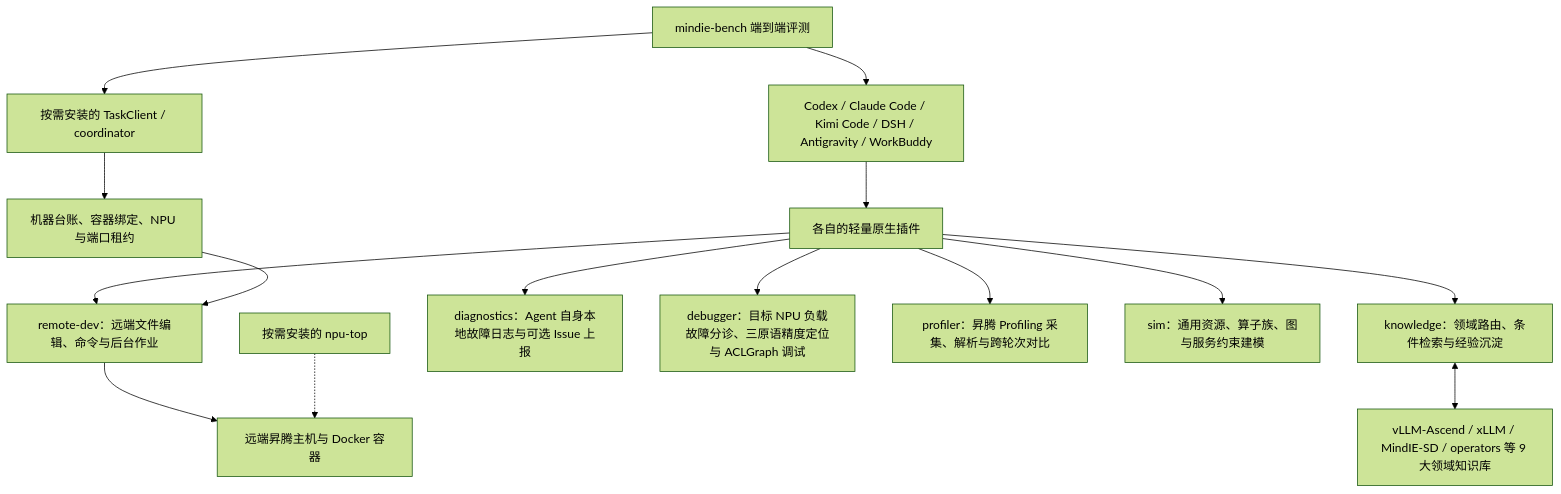
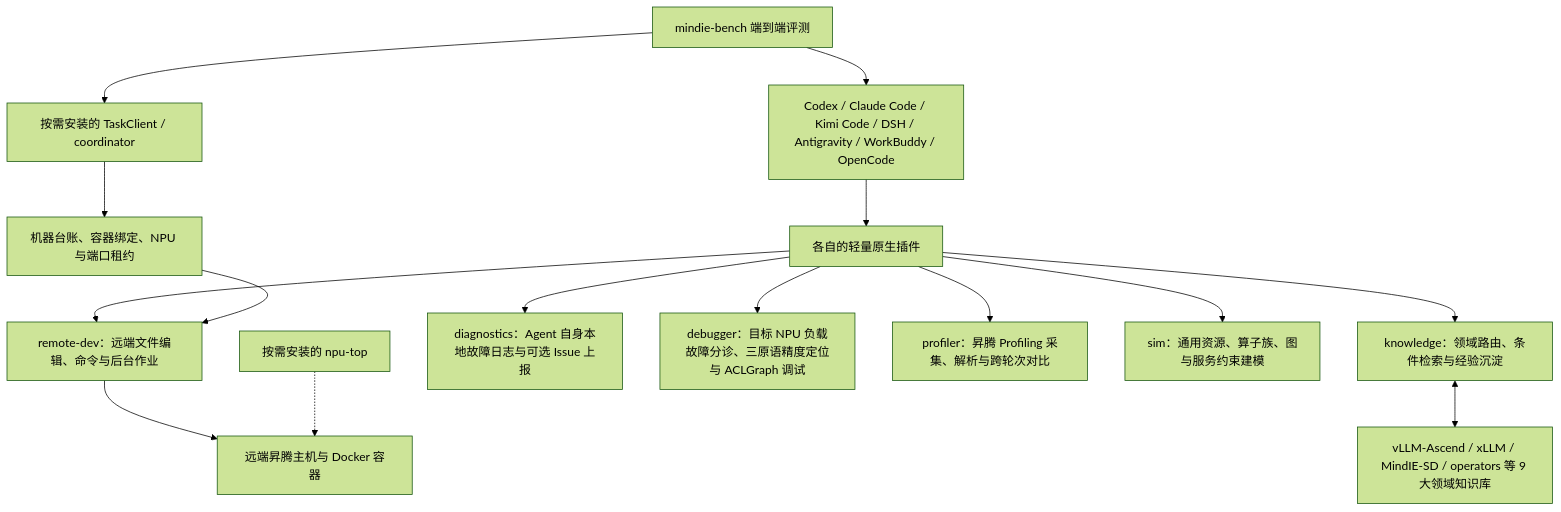
Before and after one commit to mindie-agent/mindie-agent: the diagram in docs/architecture.md, drawn with Mermaid (forest theme). The commit also changed other lines of this file and 14 other files, not shown here.

Commit message:
docs(entry): add OpenCode native harness plugin (mindie-agent-oc v0.1.0) (#347)

````diff
--- a/docs/architecture.md
+++ b/docs/architecture.md
@@ -11,17 +11,17 @@
 ```mermaid
 flowchart TB
-    H["Codex / Claude Code / Kimi Code / DSH / Antigravity / WorkBuddy"] --> P["各自的轻量原生插件"]
+    H["Codex / Claude Code / Kimi Code / DSH / Antigravity / WorkBuddy / OpenCode"] --> P["各自的轻量原生插件"]
     P --> K["knowledge：领域路由、条件检索与经验沉淀"]
     P --> R["remote-dev：远端文件编辑、命令与后台作业"]
     P --> D["diagnostics：Agent 自身本地故障日志与可选 Issue 上报"]
     P --> DB["debugger：目标 NPU 负载故障分诊、三原语精度定位与 ACLGraph 调试"]
     P --> PR["profiler：昇腾 Profiling 采集、解析与跨轮次对比"]
     P --> S["sim：通用资源、算子族、图与服务约束建模"]
     K <--> F["vLLM-Ascend / xLLM / MindIE-SD / operators 等 9 大领域知识库"]
     T["按需安装的 TaskClient / coordinator"] --> Q["机器台账、容器绑定、NPU 与端口租约"]
     Q --> R
     R --> N["远端昇腾主机与 Docker 容器"]
     M["按需安装的 npu-top"] -.-> N
     B["mindie-bench 端到端评测"] --> T
     B --> H
 ```
````
